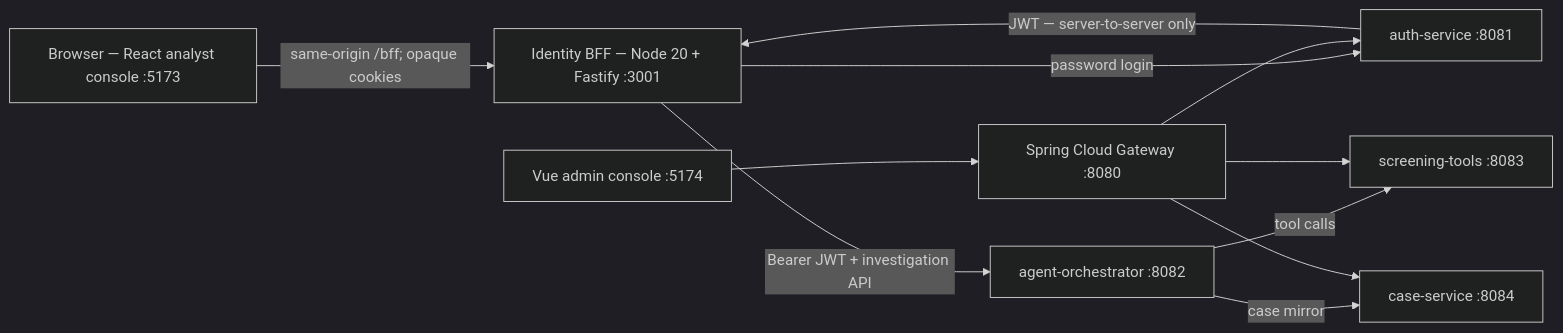
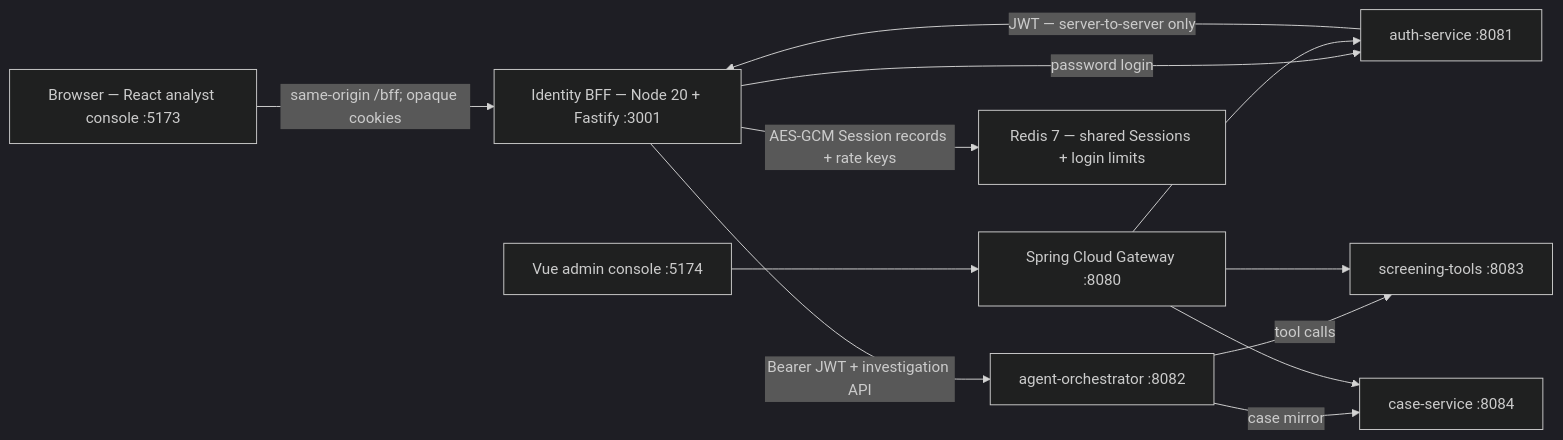
One commit to Redchar1992/Argus changed the first of 4 diagrams in docs/architecture.md. Above: the diagram before and after it, drawn with Mermaid (dark theme). The commit also changed other lines of this file and 21 other files, not shown here.

First line of the commit message:
feat(auth): add encrypted Redis sessions

````diff
--- a/docs/architecture.md
+++ b/docs/architecture.md
@@ -8,22 +8,24 @@
 ```mermaid
 flowchart LR
     Browser["Browser — React analyst console :5173"]
     BFF["Identity BFF — Node 20 + Fastify :3001"]
     Auth["auth-service :8081"]
     Agent["agent-orchestrator :8082"]
     Tools["screening-tools :8083"]
     Cases["case-service :8084"]
     Admin["Vue admin console :5174"]
     Gateway["Spring Cloud Gateway :8080"]
+    Redis["Redis 7 — shared Sessions + login limits"]
 
     Browser -->|"same-origin /bff; opaque cookies"| BFF
     BFF -->|"password login"| Auth
     Auth -->|"JWT — server-to-server only"| BFF
     BFF -->|"Bearer JWT + investigation API"| Agent
+    BFF -->|"AES-GCM Session records + rate keys"| Redis
     Agent -->|"tool calls"| Tools
     Agent -->|"case mirror"| Cases
     Admin --> Gateway
     Gateway --> Auth
     Gateway --> Tools
     Gateway --> Cases
 ```
````
